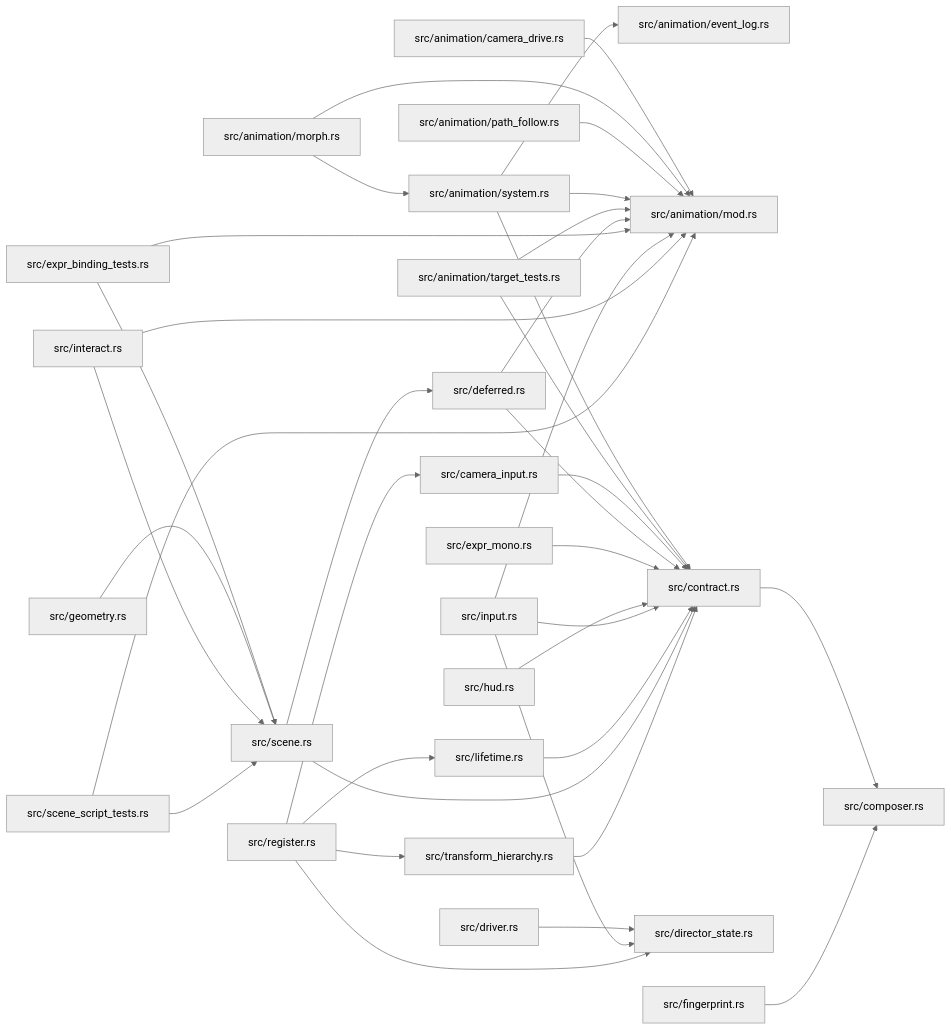
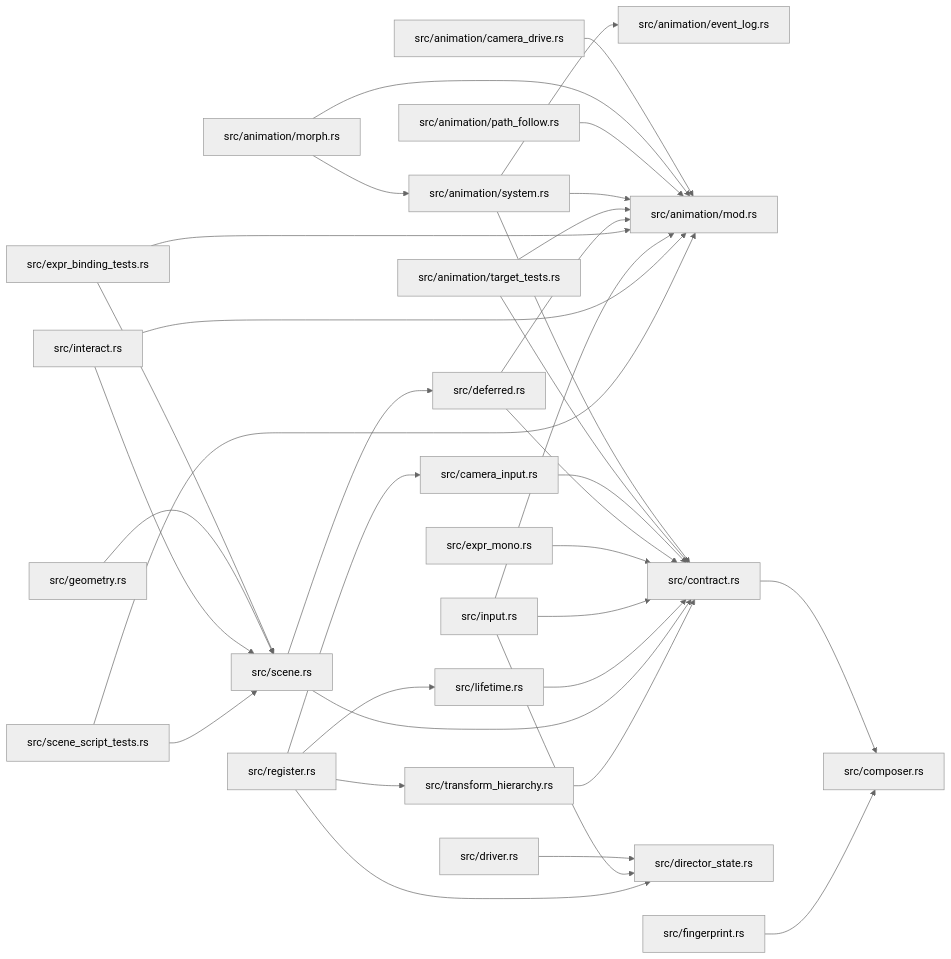
Before and after one commit to xcrtp/zela: the diagram in docs/modules/zela-scene-ecs.md, drawn with Mermaid (neutral theme). The commit also changed other lines of this file and 345 other files, not shown here.

````diff
--- a/docs/modules/zela-scene-ecs.md
+++ b/docs/modules/zela-scene-ecs.md
@@ -53,63 +53,61 @@
 ```mermaid
 graph LR
     f0["src/animation/camera_drive.rs"]
     f5["src/animation/event_log.rs"]
     f1["src/animation/mod.rs"]
     f2["src/animation/morph.rs"]
     f4["src/animation/path_follow.rs"]
     f3["src/animation/system.rs"]
     f7["src/animation/target_tests.rs"]
     f8["src/camera_input.rs"]
     f9["src/composer.rs"]
     f6["src/contract.rs"]
     f10["src/deferred.rs"]
     f12["src/director_state.rs"]
     f11["src/driver.rs"]
     f13["src/expr_binding_tests.rs"]
     f15["src/expr_mono.rs"]
     f16["src/fingerprint.rs"]
     f17["src/geometry.rs"]
-    f18["src/hud.rs"]
-    f19["src/input.rs"]
-    f20["src/interact.rs"]
-    f21["src/lifetime.rs"]
-    f22["src/register.rs"]
+    f18["src/input.rs"]
+    f19["src/interact.rs"]
+    f20["src/lifetime.rs"]
+    f21["src/register.rs"]
     f14["src/scene.rs"]
-    f24["src/scene_script_tests.rs"]
-    f23["src/transform_hierarchy.rs"]
+    f23["src/scene_script_tests.rs"]
+    f22["src/transform_hierarchy.rs"]
     f0 --> f1
     f2 --> f1
     f2 --> f3
     f4 --> f1
     f3 --> f5
     f3 --> f1
     f3 --> f6
     f7 --> f1
     f7 --> f6
     f8 --> f6
     f6 --> f9
     f10 --> f1
     f10 --> f6
     f11 --> f12
     f13 --> f1
     f13 --> f14
     f15 --> f6
     f16 --> f9
     f17 --> f14
+    f18 --> f1
     f18 --> f6
+    f18 --> f12
     f19 --> f1
-    f19 --> f6
-    f19 --> f12
-    f20 --> f1
-    f20 --> f14
-    f21 --> f6
-    f22 --> f8
-    f22 --> f12
-    f22 --> f21
-    f22 --> f23
+    f19 --> f14
+    f20 --> f6
+    f21 --> f8
+    f21 --> f12
+    f21 --> f20
+    f21 --> f22
     f14 --> f6
     f14 --> f10
-    f24 --> f1
-    f24 --> f14
-    f23 --> f6
+    f23 --> f1
+    f23 --> f14
+    f22 --> f6
 ```
````
